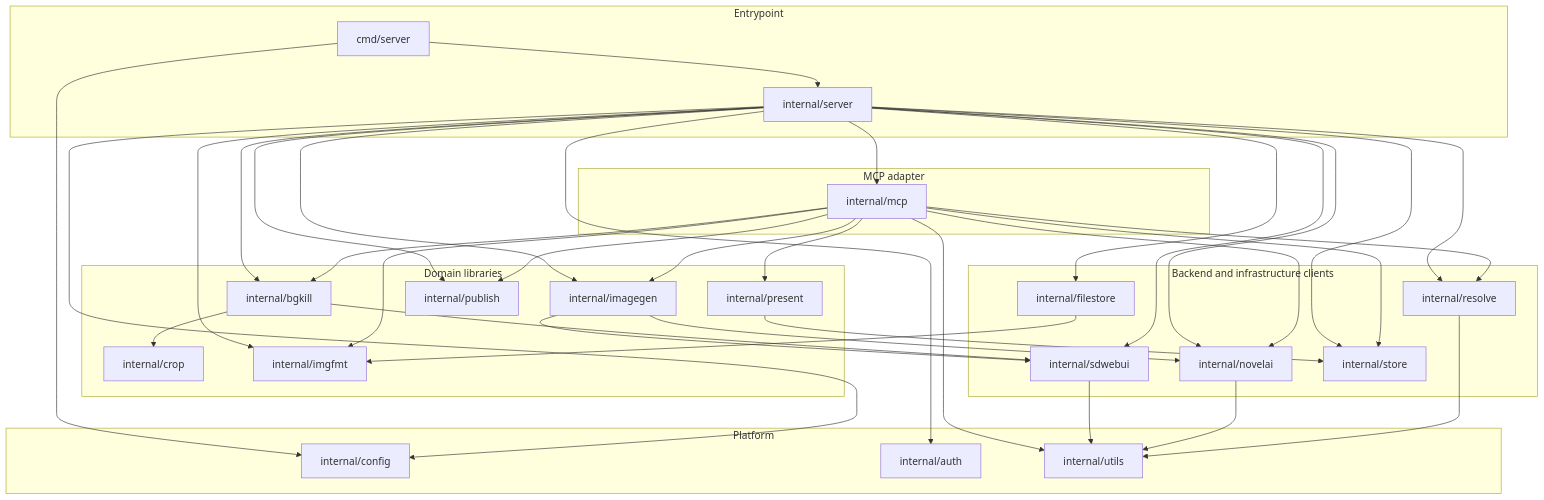
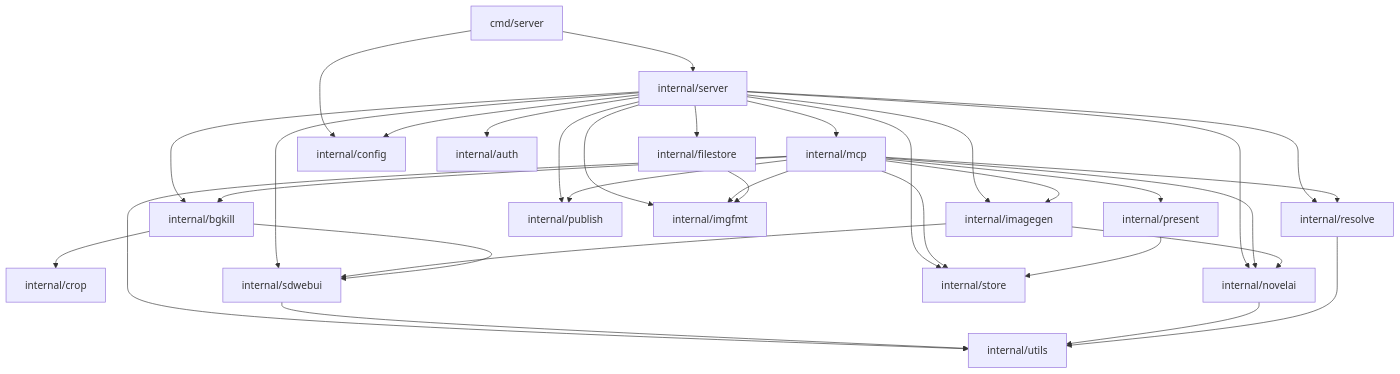
One commit to wishmatic/neo-mcp changed the diagram in AGENTS.md. Above: the diagram before and after it, drawn with Mermaid.

Commit message:
Simplify architecture diagram in AGENTS.md

````diff
--- a/AGENTS.md
+++ b/AGENTS.md
@@ -54,71 +54,57 @@
 ```mermaid
 flowchart TD
-    subgraph entry[Entrypoint]
-        cmd["cmd/server"]
-        server["internal/server"]
-    end
-
-    subgraph mcpLayer[MCP adapter]
-        mcp["internal/mcp"]
-    end
-
-    subgraph domainLibraries[Domain libraries]
-        imagegen["internal/imagegen"]
-        bgkill["internal/bgkill"]
-        present["internal/present"]
-        publish["internal/publish"]
-        crop["internal/crop"]
-        imgfmt["internal/imgfmt"]
-    end
-
-    subgraph clientLibraries[Backend and infrastructure clients]
-        sdwebui["internal/sdwebui"]
-        novelai["internal/novelai"]
-        resolve["internal/resolve"]
-        filestore["internal/filestore"]
-        store["internal/store"]
-    end
-
-    subgraph platform[Platform]
-        config["internal/config"]
-        auth["internal/auth"]
-        utils["internal/utils"]
-    end
+    cmd["cmd/server"]
+    server["internal/server"]
+    mcp["internal/mcp"]
+    imagegen["internal/imagegen"]
+    bgkill["internal/bgkill"]
+    present["internal/present"]
+    publish["internal/publish"]
+    crop["internal/crop"]
+    imgfmt["internal/imgfmt"]
+    sdwebui["internal/sdwebui"]
+    novelai["internal/novelai"]
+    resolve["internal/resolve"]
+    filestore["internal/filestore"]
+    store["internal/store"]
+    config["internal/config"]
+    auth["internal/auth"]
+    utils["internal/utils"]
 
     cmd --> server
     cmd --> config
 
     server --> mcp
     server --> imagegen
     server --> bgkill
     server --> publish
     server --> auth
     server --> config
     server --> sdwebui
     server --> novelai
     server --> resolve
     server --> filestore
     server --> store
     server --> imgfmt
 
     mcp --> imagegen
     mcp --> bgkill
     mcp --> present
     mcp --> publish
     mcp --> imgfmt
     mcp --> novelai
     mcp --> resolve
     mcp --> store
     mcp --> utils
 
     imagegen --> sdwebui
     imagegen --> novelai
     bgkill --> sdwebui
     bgkill --> crop
     filestore --> imgfmt
     present --> store
 
     sdwebui --> utils
     novelai --> utils
     resolve --> utils
 ```
````
